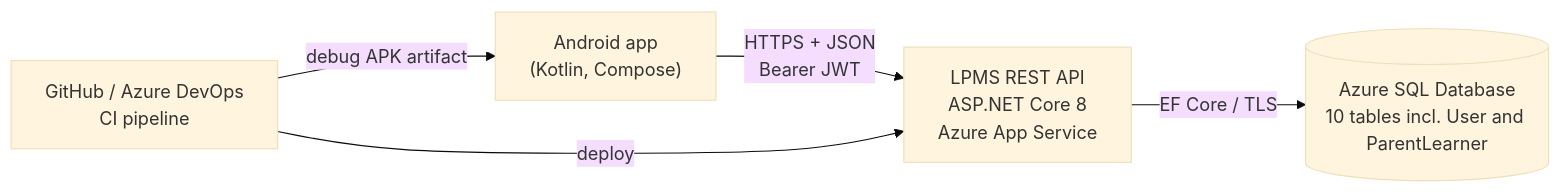
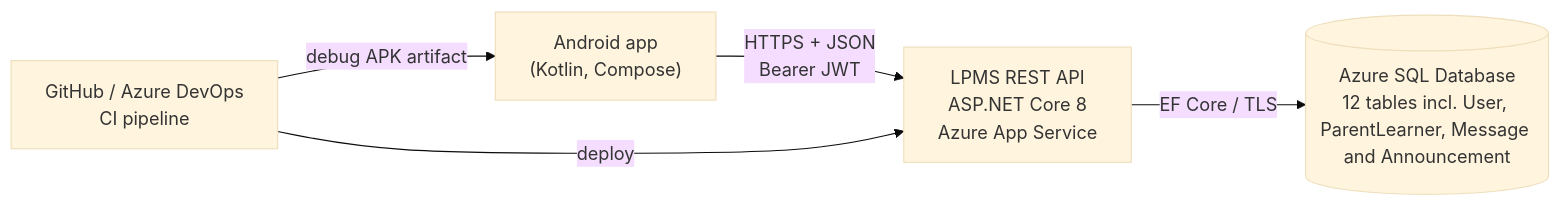
Before and after one commit to Jxcob-Wxlly/LPMS-V2: the diagram in README.md, drawn with Mermaid (base theme). The commit also changed other lines of this file and 3 other files, not shown here.

````diff
--- a/README.md
+++ b/README.md
@@ -49,7 +51,7 @@
 ```mermaid
 flowchart LR
     A["Android app<br/>(Kotlin, Compose)"] -- "HTTPS + JSON<br/>Bearer JWT" --> B["LPMS REST API<br/>ASP.NET Core 8<br/>Azure App Service"]
-    B -- "EF Core / TLS" --> C[("Azure SQL Database<br/>10 tables incl. User and ParentLearner")]
+    B -- "EF Core / TLS" --> C[("Azure SQL Database<br/>12 tables incl. User, ParentLearner, Message and Announcement")]
     D["GitHub / Azure DevOps<br/>CI pipeline"] -- "deploy" --> B
     D -- "debug APK artifact" --> A
 ```
````
